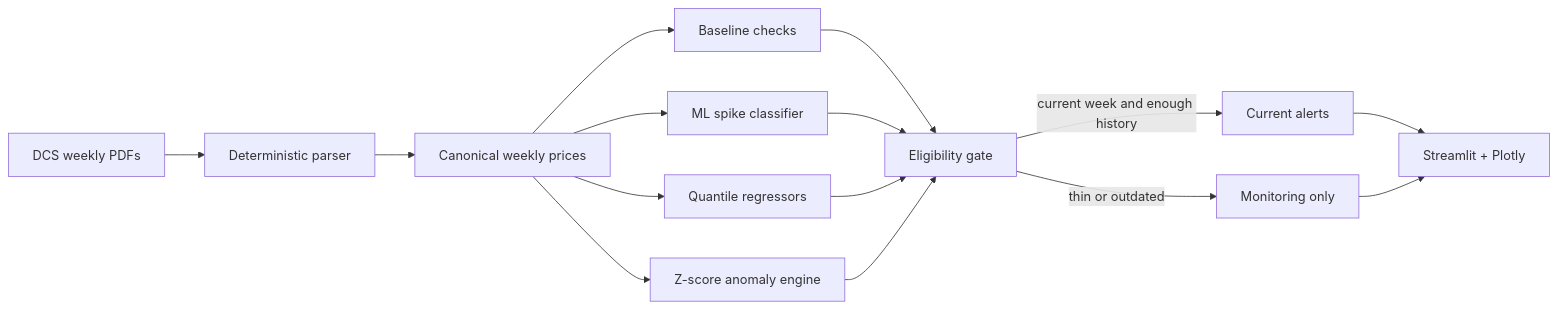
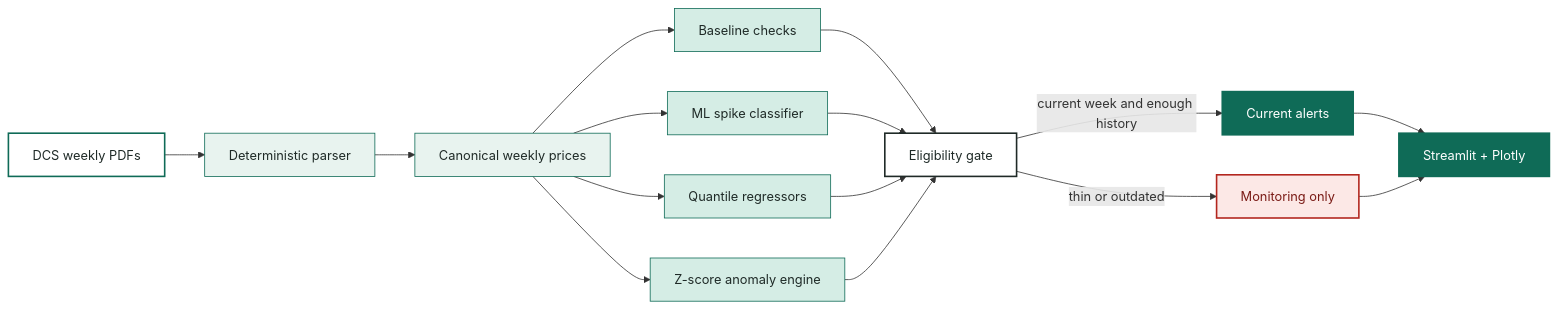
The diagram in README.md (CTRLD3FEAT/Co-Boost), drawn with Mermaid before and after one commit. The commit also changed 1 other file, not shown here.

Commit message:
Apply Co-Boost colors to architecture diagrams

````diff
--- a/README.md
+++ b/README.md
@@ -33,17 +33,29 @@
 ```mermaid
 flowchart LR
     P[DCS weekly PDFs] --> X[Deterministic parser]
     X --> C[Canonical weekly prices]
     C --> B[Baseline checks]
     C --> M[ML spike classifier]
     C --> Q[Quantile regressors]
     C --> A[Z-score anomaly engine]
     B --> G[Eligibility gate]
     M --> G
     Q --> G
     A --> G
     G -->|current week and enough history| R[Current alerts]
     G -->|thin or outdated| O[Monitoring only]
     R --> D[Streamlit + Plotly]
     O --> D
+    classDef source fill:#FFFFFF,stroke:#0F6B57,color:#1F2A27,stroke-width:2px;
+    classDef process fill:#E8F3EF,stroke:#0F6B57,color:#1F2A27;
+    classDef model fill:#D5EDE5,stroke:#0F6B57,color:#1F2A27;
+    classDef decision fill:#FFFFFF,stroke:#1F2A27,color:#1F2A27,stroke-width:2px;
+    classDef output fill:#0F6B57,stroke:#0F6B57,color:#FFFFFF,stroke-width:2px;
+    classDef warning fill:#FCE8E6,stroke:#B3261E,color:#7A1B16,stroke-width:2px;
+    class P source;
+    class X,C process;
+    class B,M,Q,A model;
+    class G decision;
+    class R,D output;
+    class O warning;
 ```
````
